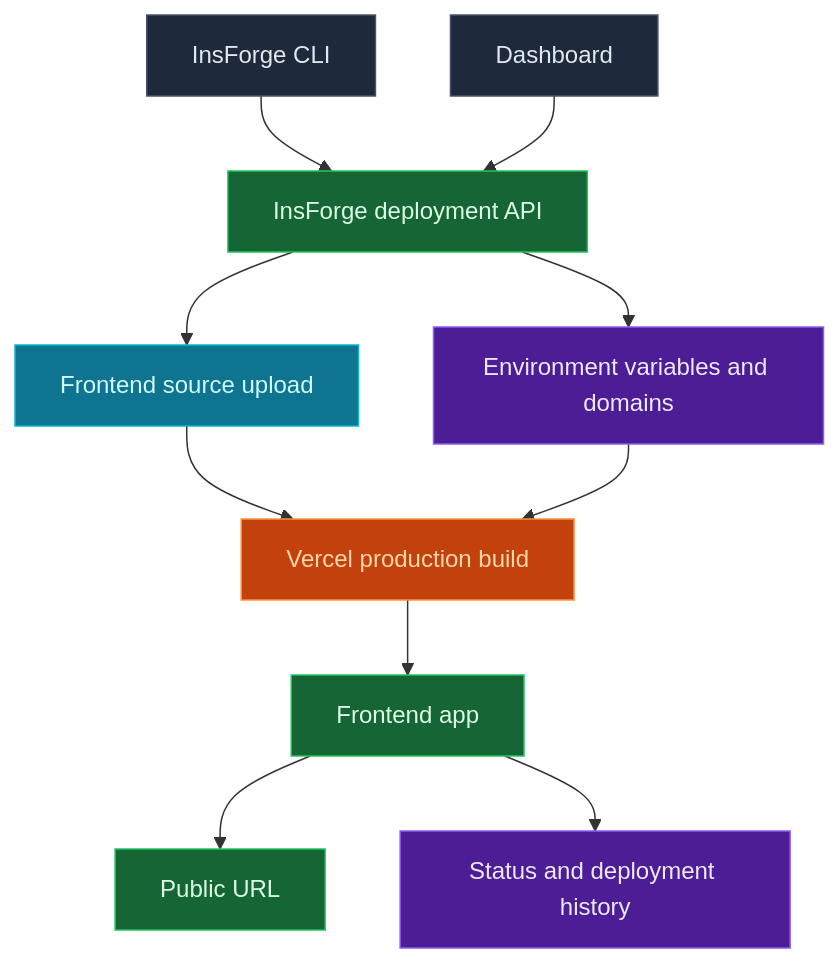
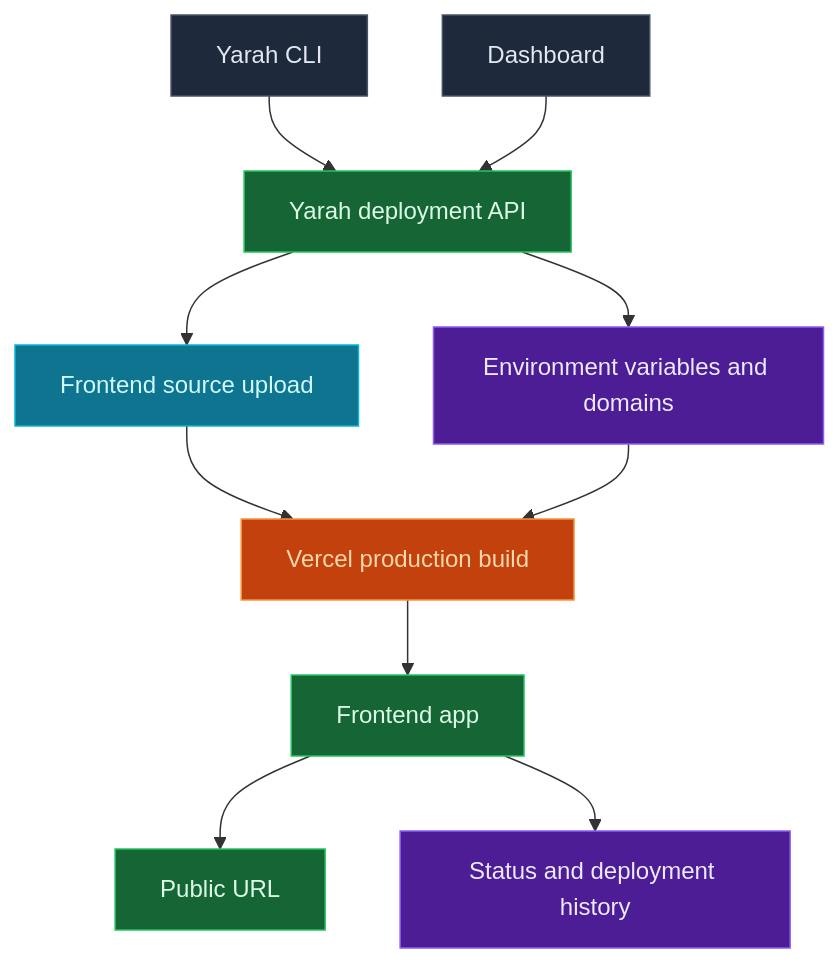
The diagram in docs/core-concepts/sites/overview.mdx (Darts7u7/Yarah-oos), drawn with Mermaid before and after one commit. The commit also changed other lines of this file and 1141 other files, not shown here.

````diff
--- a/docs/core-concepts/sites/overview.mdx
+++ b/docs/core-concepts/sites/overview.mdx
@@ -21,25 +21,25 @@
 ```mermaid
 flowchart TB
-    CLI[InsForge CLI] --> API[InsForge deployment API]
+    CLI[Yarah CLI] --> API[Yarah deployment API]
     Dashboard[Dashboard] --> API
 
     API --> Source[Frontend source upload]
     API --> Config[Environment variables and domains]
 
     Source --> Vercel[Vercel production build]
     Config --> Vercel
 
     Vercel --> App[Frontend app]
     App --> URL[Public URL]
     App --> Status[Status and deployment history]
 
     style CLI fill:#1e293b,stroke:#475569,color:#e2e8f0
     style Dashboard fill:#1e293b,stroke:#475569,color:#e2e8f0
     style API fill:#166534,stroke:#22c55e,color:#dcfce7
     style Source fill:#0e7490,stroke:#06b6d4,color:#cffafe
     style Config fill:#4c1d95,stroke:#8b5cf6,color:#ede9fe
     style Vercel fill:#c2410c,stroke:#fb923c,color:#fed7aa
     style App fill:#166534,stroke:#22c55e,color:#dcfce7
     style URL fill:#166534,stroke:#22c55e,color:#dcfce7
     style Status fill:#4c1d95,stroke:#8b5cf6,color:#ede9fe
 ```
````
